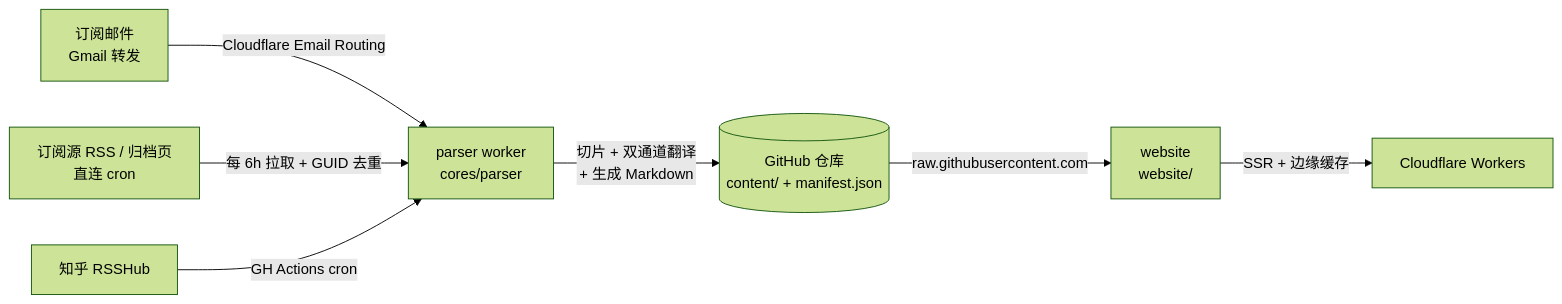
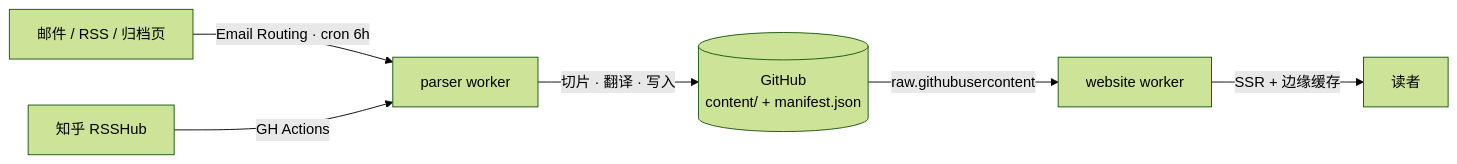
Before and after one commit to email-reciever/website: the diagram in README.md, drawn with Mermaid (forest theme). The commit also changed other lines of this file and 8 other files, not shown here.

````diff
--- a/README.md
+++ b/README.md
@@ -7,9 +33,8 @@
 ```mermaid
 flowchart LR
-    A[订阅邮件<br/>Gmail 转发] -->|Cloudflare Email Routing| B[parser worker<br/>cores/parser]
-    R[订阅源 RSS / 归档页<br/>直连 cron] -->|每 6h 拉取 + GUID 去重| B
-    Z[知乎 RSSHub] -->|GH Actions cron| B
-    B -->|切片 + 双通道翻译<br/>+ 生成 Markdown| C[(GitHub 仓库<br/>content/ + manifest.json)]
-    C -->|raw.githubusercontent.com| D[website<br/>website/]
-    D -->|SSR + 边缘缓存| E[Cloudflare Workers]
+    M[邮件 / RSS / 归档页] -->|Email Routing · cron 6h| W[parser worker]
+    Z[知乎 RSSHub] -->|GH Actions| W
+    W -->|切片 · 翻译 · 写入| G[(GitHub<br/>content/ + manifest.json)]
+    G -->|raw.githubusercontent| S[website worker]
+    S -->|SSR + 边缘缓存| U[读者]
 ```
````
